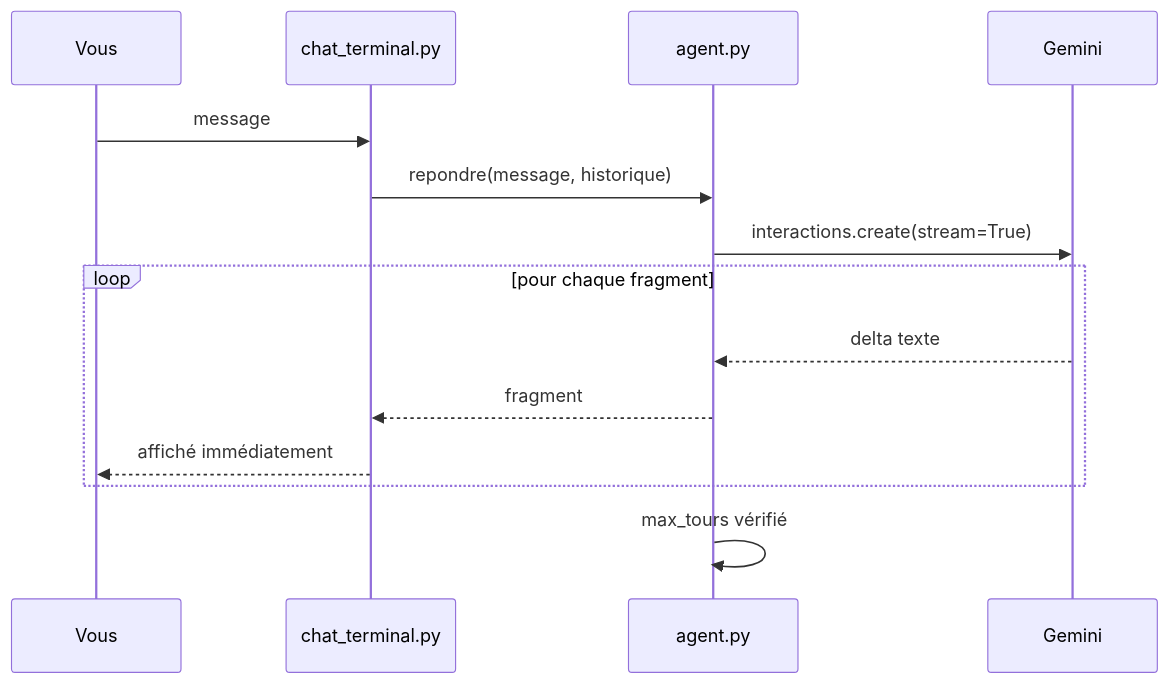
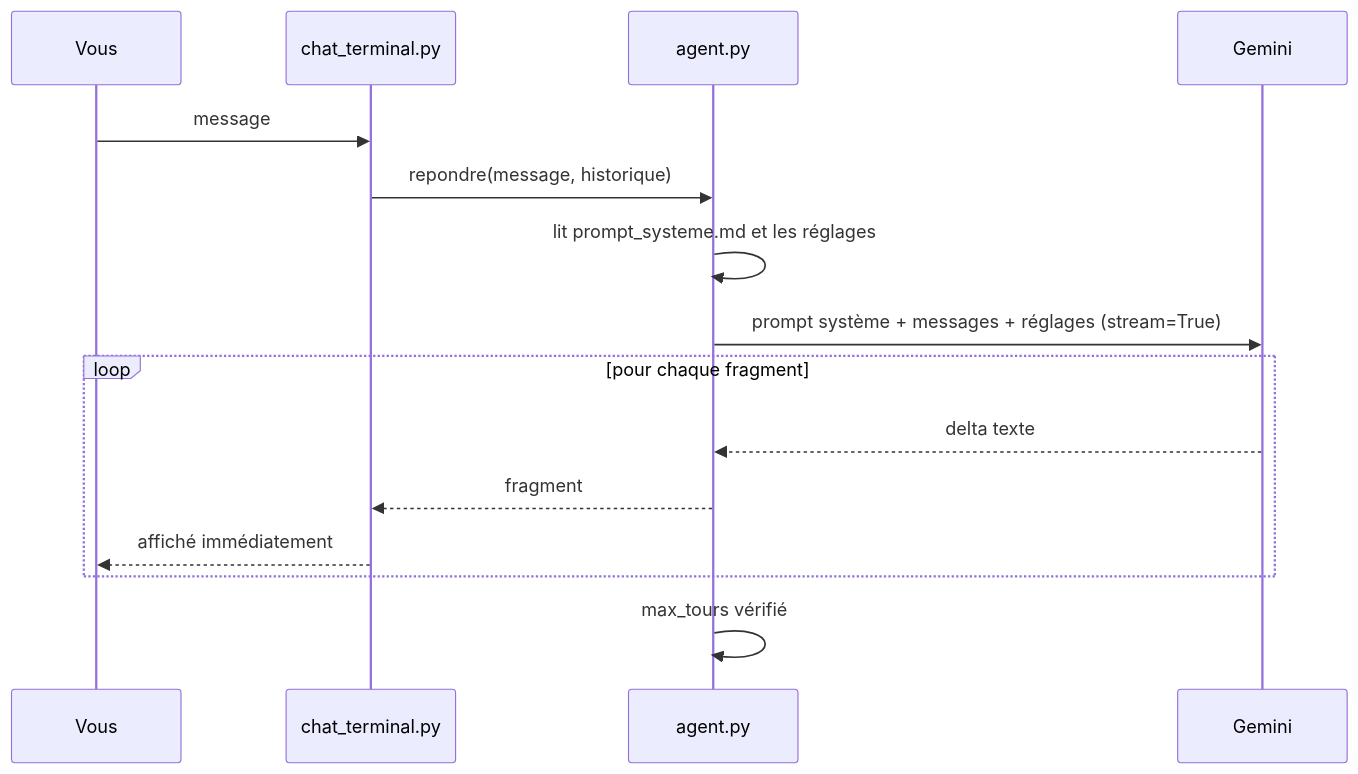
Before and after one commit to lecinquiemejour-code/goodvibe-tuto: diagram 11 of 38 in tuto-goodvibe-vibecoding.md, drawn with Mermaid. The commit also changed other lines of this file and 1 other file, not shown here.

Commit message:
Prompt système dans un fichier Markdown, réglages du modèle, et ce qu'on envoie à chaque appel

````diff
--- a/tuto-goodvibe-vibecoding.md
+++ b/tuto-goodvibe-vibecoding.md
@@ -464,16 +497,17 @@
 ```mermaid
 sequenceDiagram
     participant U as Vous
     participant T as chat_terminal.py
     participant A as agent.py
     participant G as Gemini
     U->>T: message
     T->>A: repondre(message, historique)
-    A->>G: interactions.create(stream=True)
+    A->>A: lit prompt_systeme.md et les réglages
+    A->>G: prompt système + messages + réglages (stream=True)
     loop pour chaque fragment
         G-->>A: delta texte
         A-->>T: fragment
         T-->>U: affiché immédiatement
     end
     A->>A: max_tours vérifié
 ```
````
